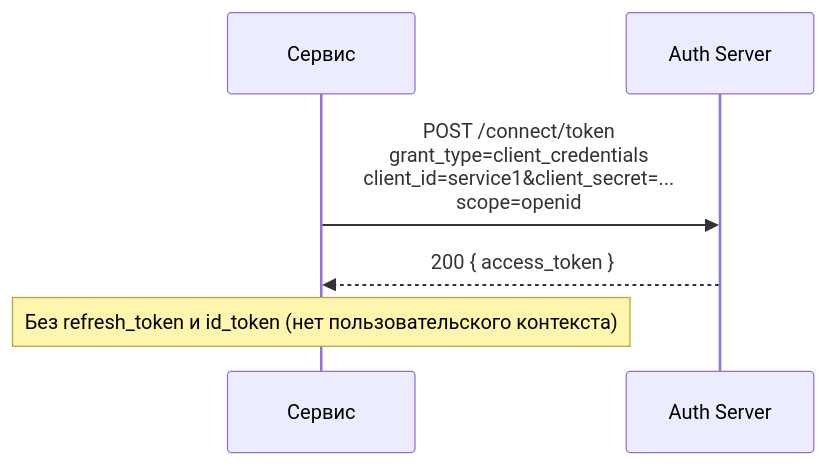
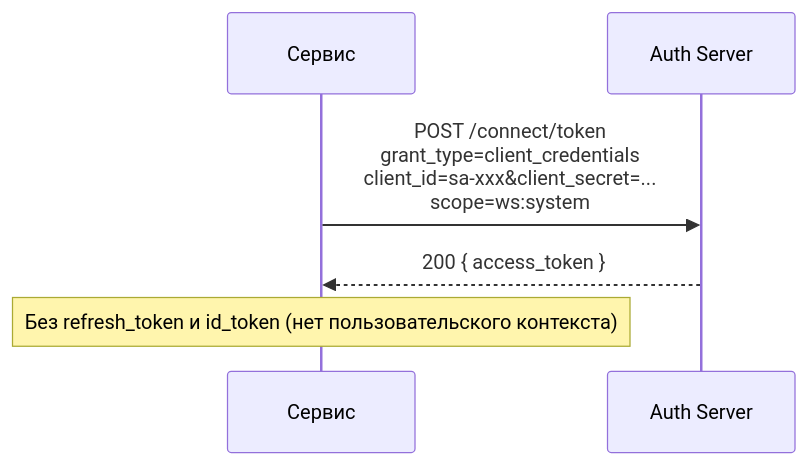
Before and after one commit to talerok/auth-service-2: the eighth of 11 diagrams in docs/authentication-flows.md, drawn with Mermaid. The commit also changed other lines of this file and 25 other files, not shown here.

Commit message:
feat: service account audiences, TTL and workspace scope sync

````diff
--- a/docs/authentication-flows.md
+++ b/docs/authentication-flows.md
@@ -221,10 +221,10 @@
 ```mermaid
 sequenceDiagram
     participant S as Сервис
     participant A as Auth Server
 
-    S->>A: POST /connect/token<br/>grant_type=client_credentials<br/>client_id=service1&client_secret=...<br/>scope=openid
+    S->>A: POST /connect/token<br/>grant_type=client_credentials<br/>client_id=sa-xxx&client_secret=...<br/>scope=ws:system
     A-->>S: 200 { access_token }
 
     Note over S: Без refresh_token и id_token (нет пользовательского контекста)
 ```
````
